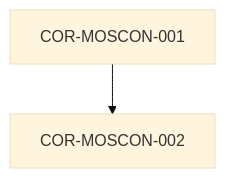
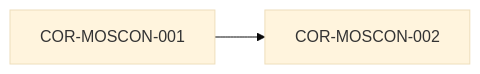
Before and after one commit to metsuke/mom: the diagram in data/vault/MOM/COR/COR-MOSCON-001.md, drawn with Mermaid (base theme). The commit also changed 203 other files, not shown here.

Commit message:
feat(compiler): v0.5.2.33 - Add project-local heritage graphs and breadcrumbs to web export

````diff
--- a/data/vault/MOM/COR/COR-MOSCON-001.md
+++ b/data/vault/MOM/COR/COR-MOSCON-001.md
@@ -19,5 +19,5 @@
 ```mermaid
-graph TD
+graph LR
     COR-MOSCON-001["COR-MOSCON-001"]
     COR-MOSCON-001 --> COR-MOSCON-002["COR-MOSCON-002"]
 ```
````
